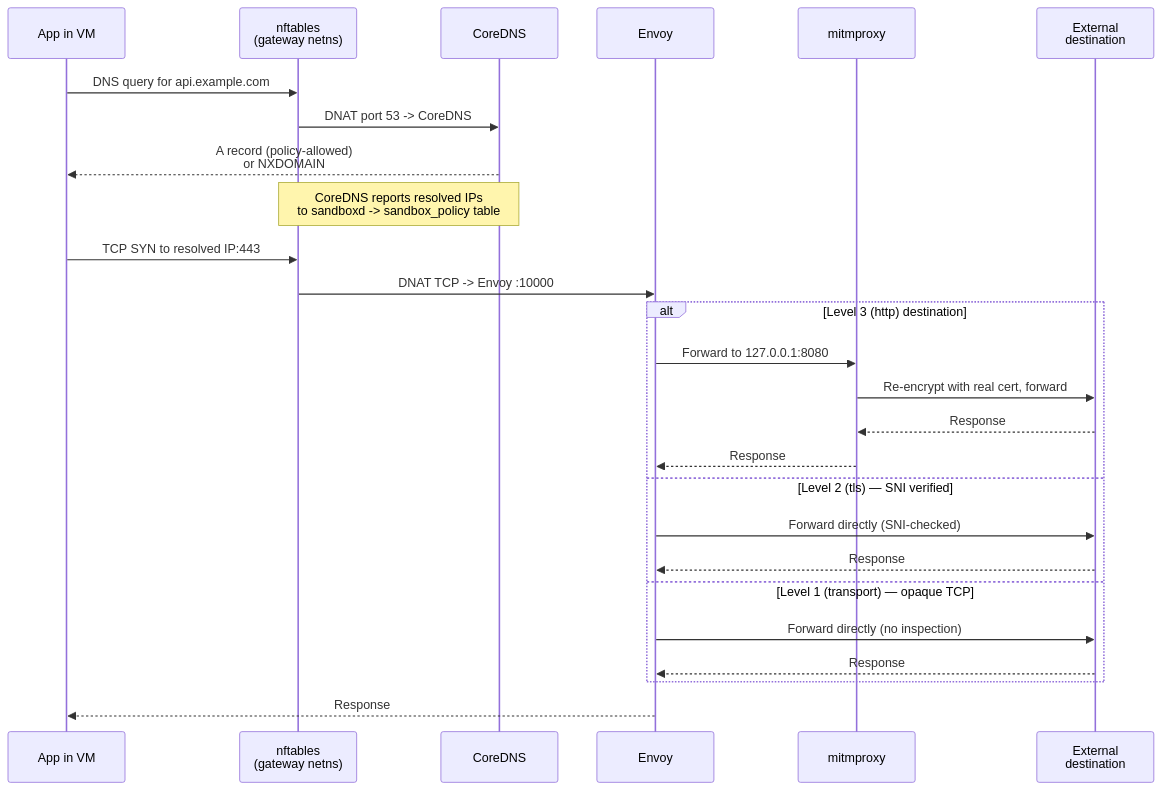
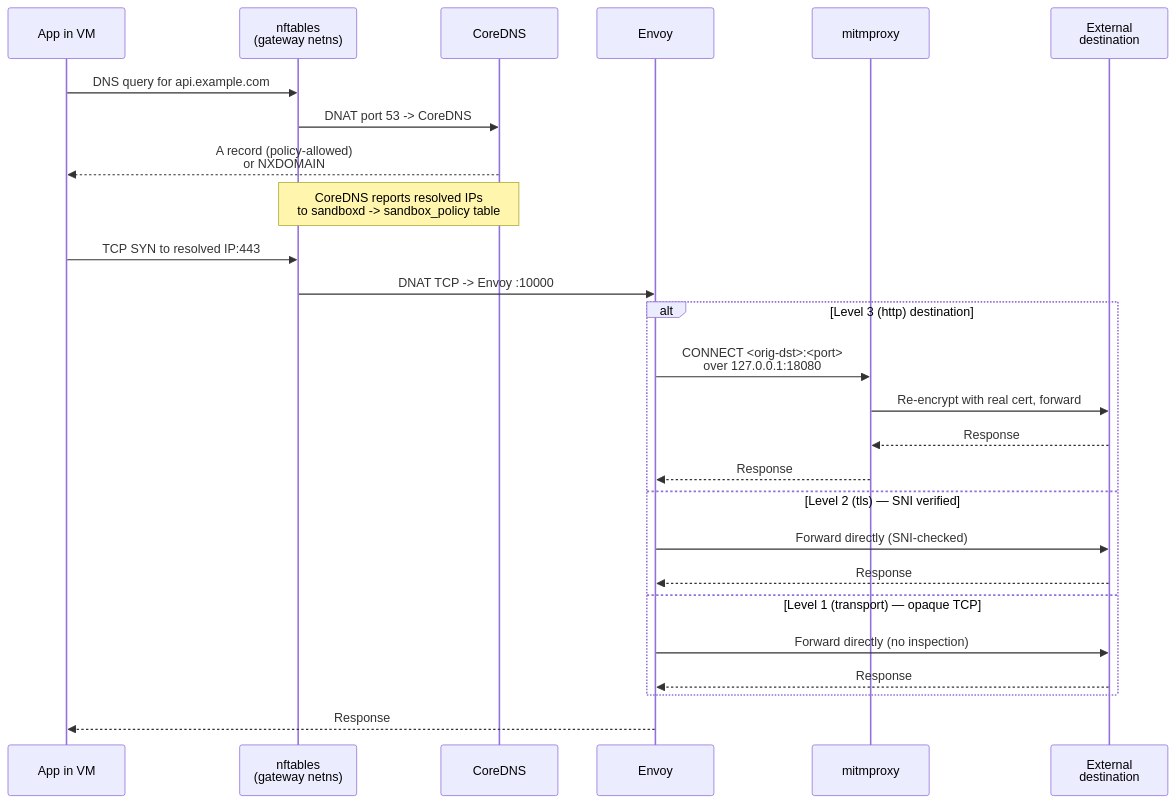
One commit to Koriit/sandboxd changed the diagram in docs/concepts/networking.md. Above: the diagram before and after it, drawn with Mermaid. The commit also changed other lines of this file and 8 other files, not shown here.

````diff
--- a/docs/concepts/networking.md
+++ b/docs/concepts/networking.md
@@ -91,30 +90,30 @@
 ```mermaid
 sequenceDiagram
     participant App as App in VM
     participant NFT as nftables<br/>(gateway netns)
     participant DNS as CoreDNS
     participant Envoy
     participant MITM as mitmproxy
     participant Ext as External<br/>destination
 
     App->>NFT: DNS query for api.example.com
     NFT->>DNS: DNAT port 53 -> CoreDNS
     DNS-->>App: A record (policy-allowed)<br/>or NXDOMAIN
     Note over DNS,NFT: CoreDNS reports resolved IPs<br/>to sandboxd -> sandbox_policy table
 
     App->>NFT: TCP SYN to resolved IP:443
     NFT->>Envoy: DNAT TCP -> Envoy :10000
     alt Level 3 (http) destination
-        Envoy->>MITM: Forward to 127.0.0.1:8080
+        Envoy->>MITM: CONNECT <orig-dst>:<port><br/>over 127.0.0.1:18080
         MITM->>Ext: Re-encrypt with real cert, forward
         Ext-->>MITM: Response
         MITM-->>Envoy: Response
     else Level 2 (tls) — SNI verified
         Envoy->>Ext: Forward directly (SNI-checked)
         Ext-->>Envoy: Response
     else Level 1 (transport) — opaque TCP
         Envoy->>Ext: Forward directly (no inspection)
         Ext-->>Envoy: Response
     end
     Envoy-->>App: Response
 ```
````
